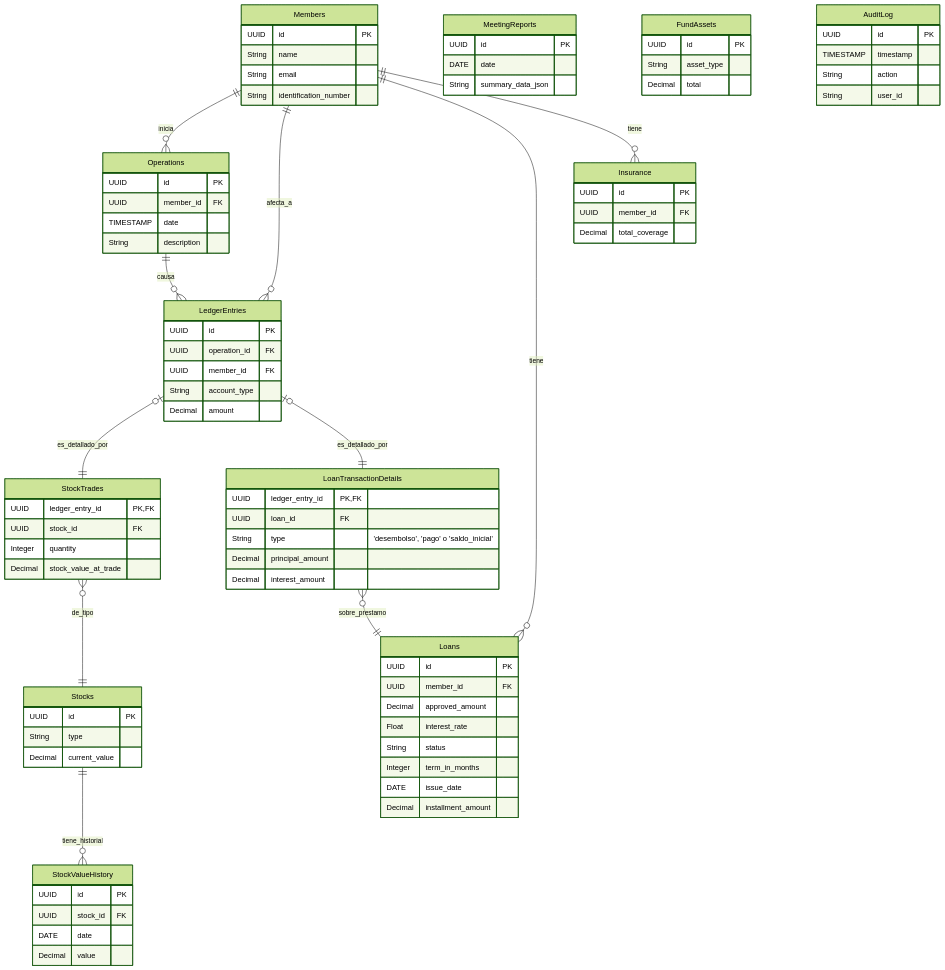
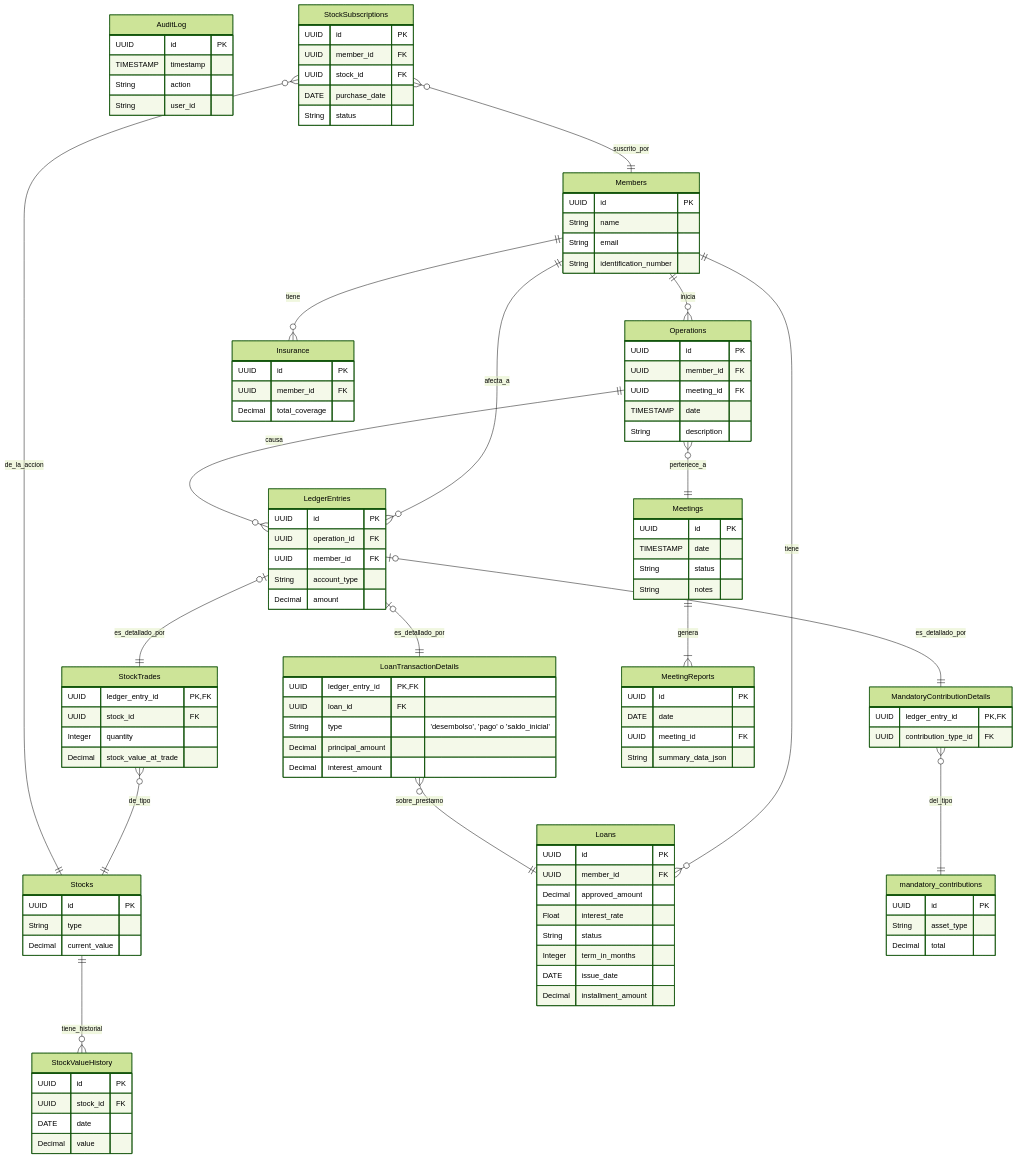
Before and after one commit to fabian-martinez/collaborative-saving: the second of 2 diagrams in docs/phases/phase-2.md, drawn with Mermaid (forest theme). The commit also changed other lines of this file and 91 other files, not shown here.

````diff
--- a/docs/phases/phase-2.md
+++ b/docs/phases/phase-2.md
@@ -71,9 +78,17 @@
         String identification_number
     }
 
+    Meetings {
+        UUID id PK
+        TIMESTAMP date
+        String status
+        String notes
+    }
+
     Operations {
         UUID id PK
         UUID member_id FK
+        UUID meeting_id FK
         TIMESTAMP date
         String description
     }
@@ -100,6 +115,11 @@
         String type "'desembolso', 'pago' o 'saldo_inicial'"
         Decimal principal_amount
         Decimal interest_amount
+    }
+
+    MandatoryContributionDetails {
+        UUID ledger_entry_id PK, FK
+        UUID contribution_type_id FK
     }
 
     %% --- Main Business Entities ---
@@ -130,6 +150,7 @@
     MeetingReports {
         UUID id PK
         DATE date
+        UUID meeting_id FK
         String summary_data_json
     }
 
@@ -140,7 +161,7 @@
         Decimal value
     }
     
-    FundAssets {
+    mandatory_contributions {
         UUID id PK
         String asset_type
         Decimal total
@@ -160,12 +181,27 @@
     Members ||--o{ Insurance : "tiene"
 
     Operations ||--o{ LedgerEntries : "causa"
+    Operations }o--|| Meetings : "pertenece_a"
+    Meetings ||--|{ MeetingReports : "genera"
     
     LedgerEntries |o--|| StockTrades : "es_detallado_por"
     LedgerEntries |o--|| LoanTransactionDetails : "es_detallado_por"
+    LedgerEntries |o--|| MandatoryContributionDetails : "es_detallado_por"
 
     LoanTransactionDetails }o--|| Loans : "sobre_prestamo"
     StockTrades }o--|| Stocks : "de_tipo"
+    MandatoryContributionDetails }o--|| mandatory_contributions : "del_tipo"
     
     Stocks ||--o{ StockValueHistory : "tiene_historial"
+
+    StockSubscriptions {
+        UUID id PK
+        UUID member_id FK
+        UUID stock_id FK
+        DATE purchase_date
+        String status
+    }
+
+    StockSubscriptions }o--|| Members : "suscrito_por"
+    StockSubscriptions }o--|| Stocks : "de_la_accion"
 ```
````
